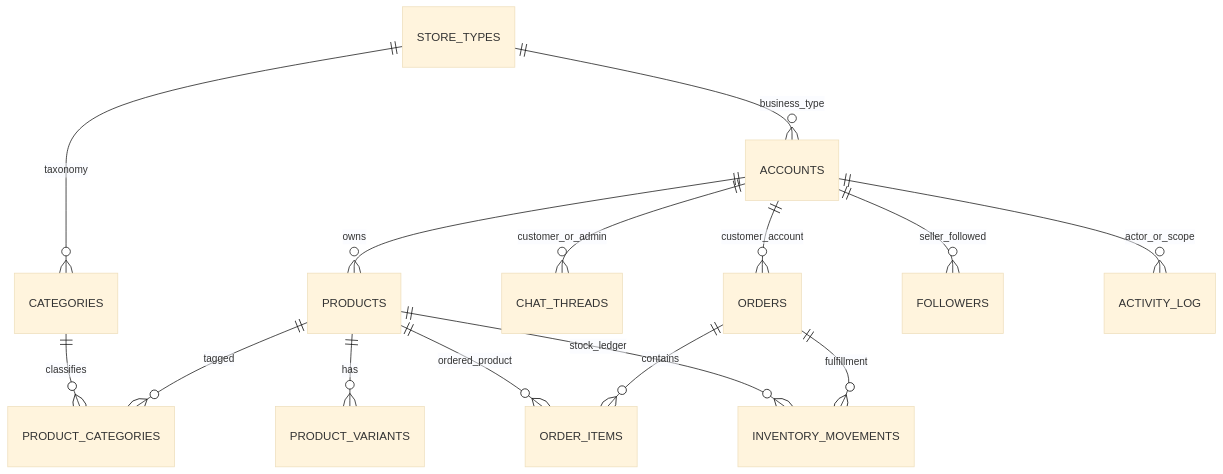
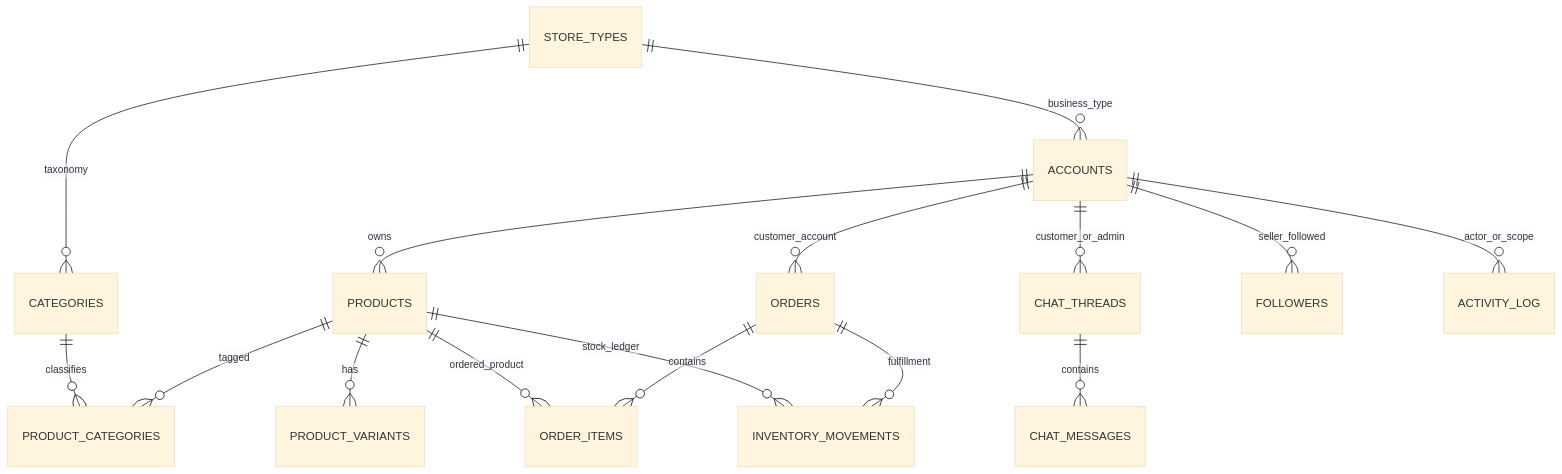
One commit to glutamedsupplies/Switch-v1.0 changed the diagram in DATABASE_DOCUMENTATION.md. Above: the diagram before and after it, drawn with Mermaid (base theme). The commit also changed other lines of this file and 36 other files, not shown here.

````diff
--- a/DATABASE_DOCUMENTATION.md
+++ b/DATABASE_DOCUMENTATION.md
@@ -46,17 +49,18 @@
 ```mermaid
 erDiagram
   ACCOUNTS ||--o{ PRODUCTS : owns
   ACCOUNTS ||--o{ ORDERS : customer_account
   ACCOUNTS ||--o{ CHAT_THREADS : customer_or_admin
   STORE_TYPES ||--o{ CATEGORIES : taxonomy
   CATEGORIES ||--o{ PRODUCT_CATEGORIES : classifies
   PRODUCTS ||--o{ PRODUCT_VARIANTS : has
   PRODUCTS ||--o{ PRODUCT_CATEGORIES : tagged
   PRODUCTS ||--o{ ORDER_ITEMS : ordered_product
   PRODUCTS ||--o{ INVENTORY_MOVEMENTS : stock_ledger
   ORDERS ||--o{ ORDER_ITEMS : contains
   ORDERS ||--o{ INVENTORY_MOVEMENTS : fulfillment
+  CHAT_THREADS ||--o{ CHAT_MESSAGES : contains
   STORE_TYPES ||--o{ ACCOUNTS : business_type
   ACCOUNTS ||--o{ FOLLOWERS : seller_followed
   ACCOUNTS ||--o{ ACTIVITY_LOG : actor_or_scope
 ```
````
